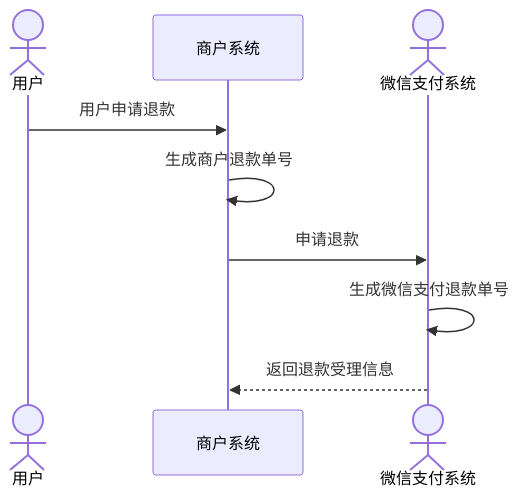
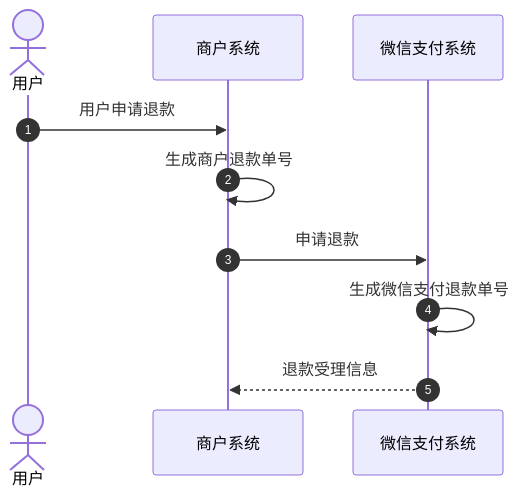
Before and after one commit to minibear2021/wechatpay_docs: the second of 5 diagrams in docs/merchant/pages/4013071031.md, drawn with Mermaid. The commit also changed other lines of this file and 7 other files, not shown here.

````diff
--- a/docs/merchant/pages/4013071031.md
+++ b/docs/merchant/pages/4013071031.md
@@ -48,13 +47,12 @@
 ```mermaid
 sequenceDiagram
-
-        actor User as 用户
-        participant Mch as 商户系统
-        participant WxPay@{ type: actor, xwattType: secondaryActor } as 微信支付系统
-
-        User->>Mch: 用户申请退款
-        Mch->>Mch: 生成商户退款单号
-        Mch->>WxPay: 申请退款
-        WxPay->>WxPay: 生成微信支付退款单号
-        WxPay-->>Mch: 返回退款受理信息
+  autonumber
+  actor p0 as 用户
+  participant p1 as 商户系统
+  participant p2 as 微信支付系统
+  p0->>p1: 用户申请退款
+  p1->>p1: 生成商户退款单号
+  p1->>p2: 申请退款
+  p2->>p2: 生成微信支付退款单号
+  p2-->>p1: 退款受理信息
 ```
````
